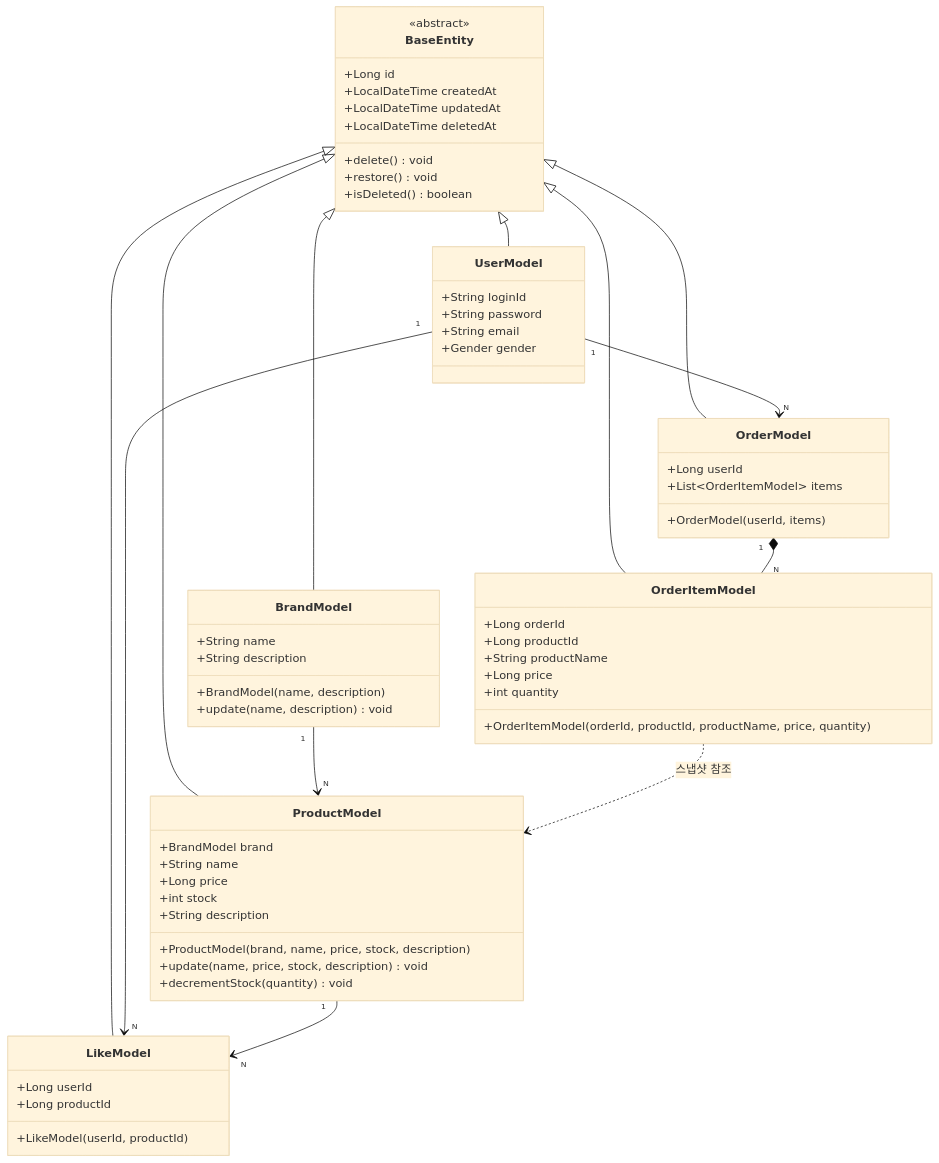
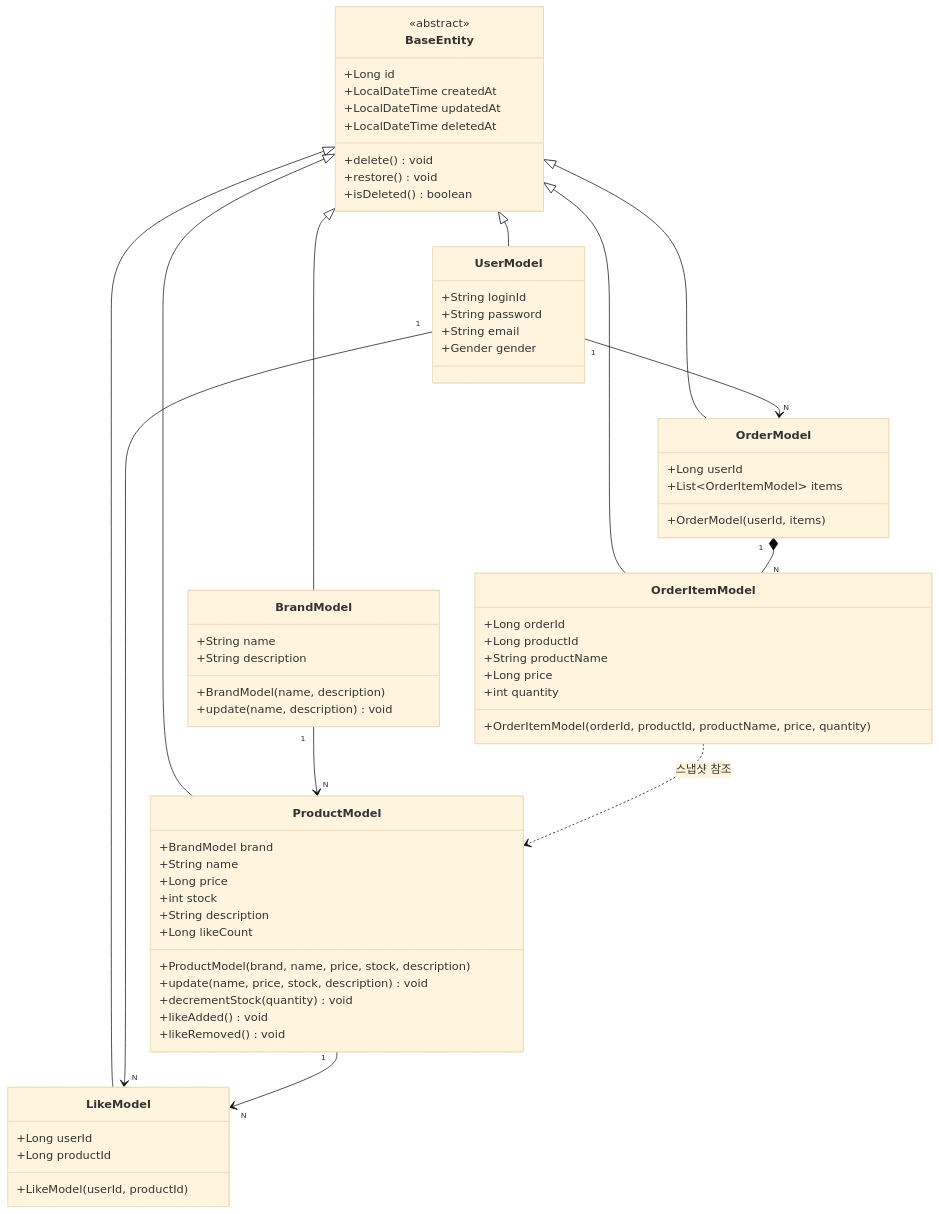
The diagram in .docs/design/03-class-diagram.md (loopers-labs/loop-pack-be-l2-vol4-java), drawn with Mermaid (base theme) before and after one commit. The commit also changed other lines of this file, not shown here.

Commit message:
docs: 클래스 다이어그램 수정

````diff
--- a/.docs/design/03-class-diagram.md
+++ b/.docs/design/03-class-diagram.md
@@ -7,73 +7,76 @@
 ```mermaid
 classDiagram
     class BaseEntity {
         <<abstract>>
         +Long id
         +LocalDateTime createdAt
         +LocalDateTime updatedAt
         +LocalDateTime deletedAt
         +delete() void
         +restore() void
         +isDeleted() boolean
     }
 
     class UserModel {
         +String loginId
         +String password
         +String email
         +Gender gender
     }
 
     class BrandModel {
         +String name
         +String description
         +BrandModel(name, description)
         +update(name, description) void
     }
 
     class ProductModel {
         +BrandModel brand
         +String name
         +Long price
         +int stock
         +String description
+        +Long likeCount
         +ProductModel(brand, name, price, stock, description)
         +update(name, price, stock, description) void
         +decrementStock(quantity) void
+        +likeAdded() void
+        +likeRemoved() void
     }
 
     class LikeModel {
         +Long userId
         +Long productId
         +LikeModel(userId, productId)
     }
 
     class OrderModel {
         +Long userId
         +List~OrderItemModel~ items
         +OrderModel(userId, items)
     }
 
     class OrderItemModel {
         +Long orderId
         +Long productId
         +String productName
         +Long price
         +int quantity
         +OrderItemModel(orderId, productId, productName, price, quantity)
     }
 
     BaseEntity <|-- UserModel
     BaseEntity <|-- BrandModel
     BaseEntity <|-- ProductModel
     BaseEntity <|-- LikeModel
     BaseEntity <|-- OrderModel
     BaseEntity <|-- OrderItemModel
 
     BrandModel "1" --> "N" ProductModel
     UserModel "1" --> "N" LikeModel
     ProductModel "1" --> "N" LikeModel
     UserModel "1" --> "N" OrderModel
     OrderModel "1" *-- "N" OrderItemModel
     OrderItemModel ..> ProductModel : 스냅샷 참조
 ```
````
